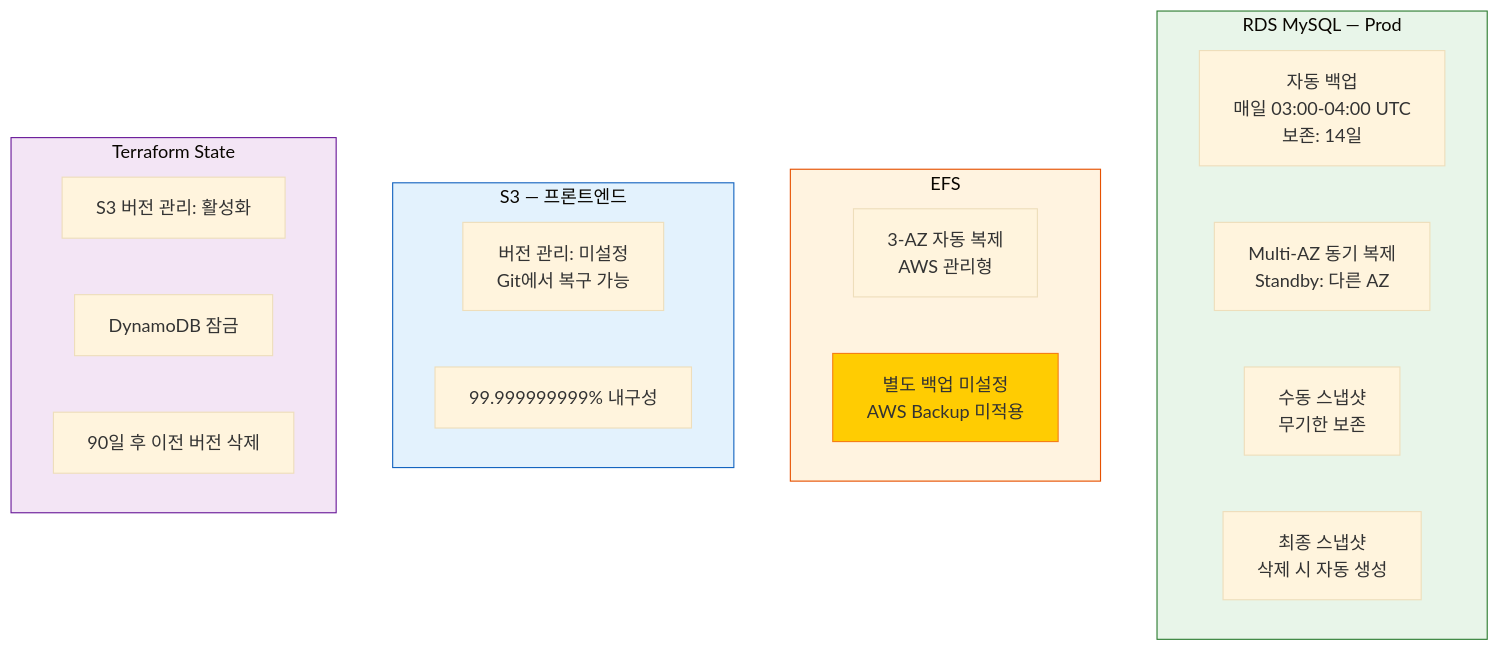
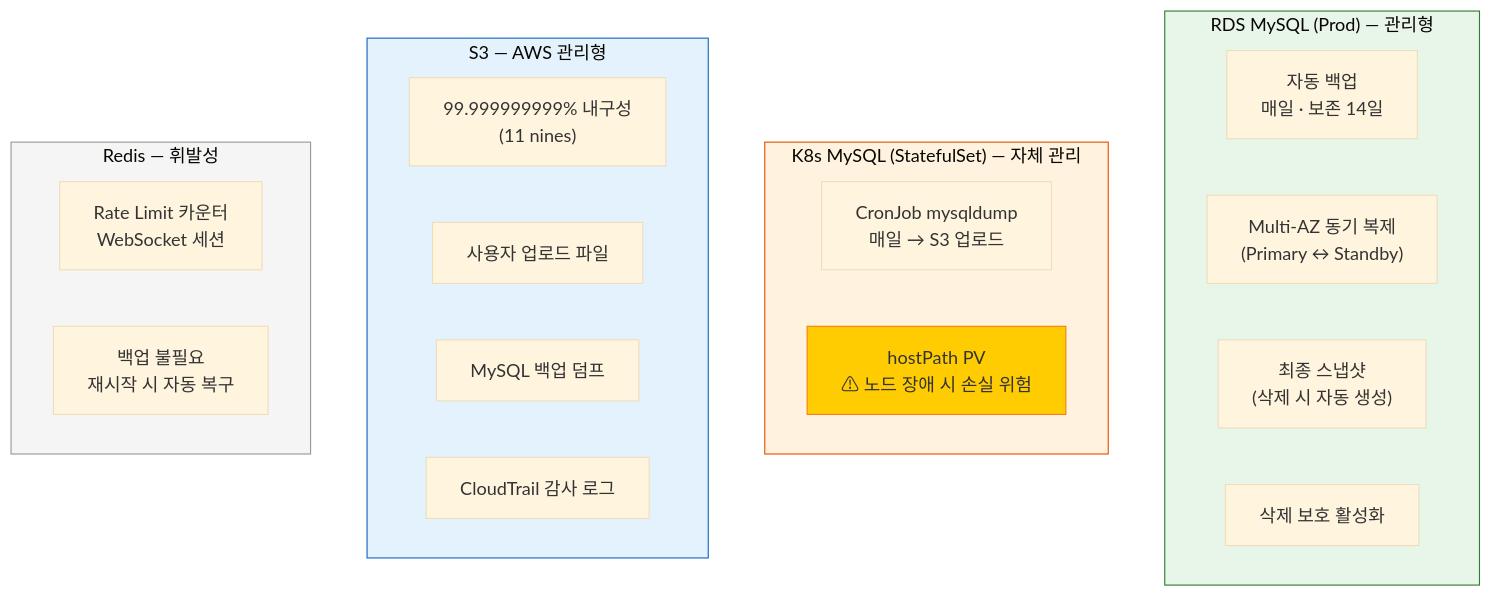
One commit to 80-hours-a-week/2-cho-community-be changed diagram 16 of 18 in report.md. Above: the diagram before and after it, drawn with Mermaid (base theme). The commit also changed other lines of this file, not shown here.

````diff
--- a/report.md
+++ b/report.md
@@ -831,31 +751,32 @@
 ```mermaid
 flowchart TD
-    subgraph RDS_Backup["RDS MySQL — Prod"]
-        Auto["자동 백업<br/>매일 03:00-04:00 UTC<br/>보존: 14일"]
-        MultiAZ["Multi-AZ 동기 복제<br/>Standby: 다른 AZ"]
-        Snap["수동 스냅샷<br/>무기한 보존"]
-        Final["최종 스냅샷<br/>삭제 시 자동 생성"]
+    subgraph RDS_Backup["RDS MySQL (Prod) — 관리형"]
+        Auto["자동 백업<br/>매일 · 보존 14일"]
+        MultiAZ["Multi-AZ 동기 복제<br/>(Primary ↔ Standby)"]
+        Final["최종 스냅샷<br/>(삭제 시 자동 생성)"]
+        Delete_Protect["삭제 보호 활성화"]
     end
 
-    subgraph EFS_Backup["EFS"]
-        ThreeAZ["3-AZ 자동 복제<br/>AWS 관리형"]
-        EFS_Note["별도 백업 미설정<br/>AWS Backup 미적용"]
+    subgraph K8s_Backup["K8s MySQL (StatefulSet) — 자체 관리"]
+        CronJob["CronJob mysqldump<br/>매일 → S3 업로드"]
+        HostPath["hostPath PV<br/>⚠ 노드 장애 시 손실 위험"]
     end
 
-    subgraph S3_Backup["S3 — 프론트엔드"]
-        Versioning["버전 관리: 미설정<br/>Git에서 복구 가능"]
-        Durability["99.999999999% 내구성"]
+    subgraph S3_Backup["S3 — AWS 관리형"]
+        Durability["99.999999999% 내구성<br/>(11 nines)"]
+        Uploads["사용자 업로드 파일"]
+        MySQL_Dump["MySQL 백업 덤프"]
+        CT_Logs["CloudTrail 감사 로그"]
     end
 
-    subgraph TF_State["Terraform State"]
-        S3_Ver["S3 버전 관리: 활성화"]
-        DDB_Lock["DynamoDB 잠금"]
-        Noncurrent["90일 후 이전 버전 삭제"]
+    subgraph Redis_Data["Redis — 휘발성"]
+        Volatile["Rate Limit 카운터<br/>WebSocket 세션"]
+        No_Backup["백업 불필요<br/>재시작 시 자동 복구"]
     end
 
     style RDS_Backup fill:#e8f5e9,stroke:#2e7d32
-    style EFS_Backup fill:#fff3e0,stroke:#e65100
+    style K8s_Backup fill:#fff3e0,stroke:#e65100
     style S3_Backup fill:#e3f2fd,stroke:#1565c0
-    style TF_State fill:#f3e5f5,stroke:#6a1b9a
-    style EFS_Note fill:#ffcc02,stroke:#f57f17
+    style Redis_Data fill:#f5f5f5,stroke:#999
+    style HostPath fill:#ffcc02,stroke:#f57f17
 ```
````
